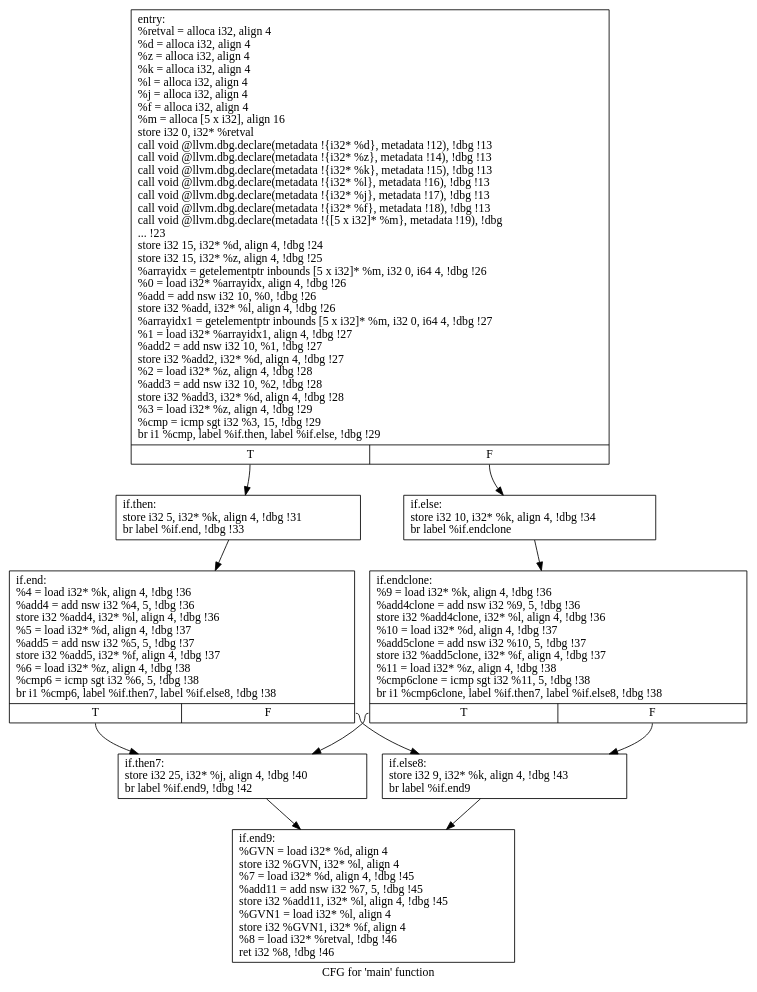
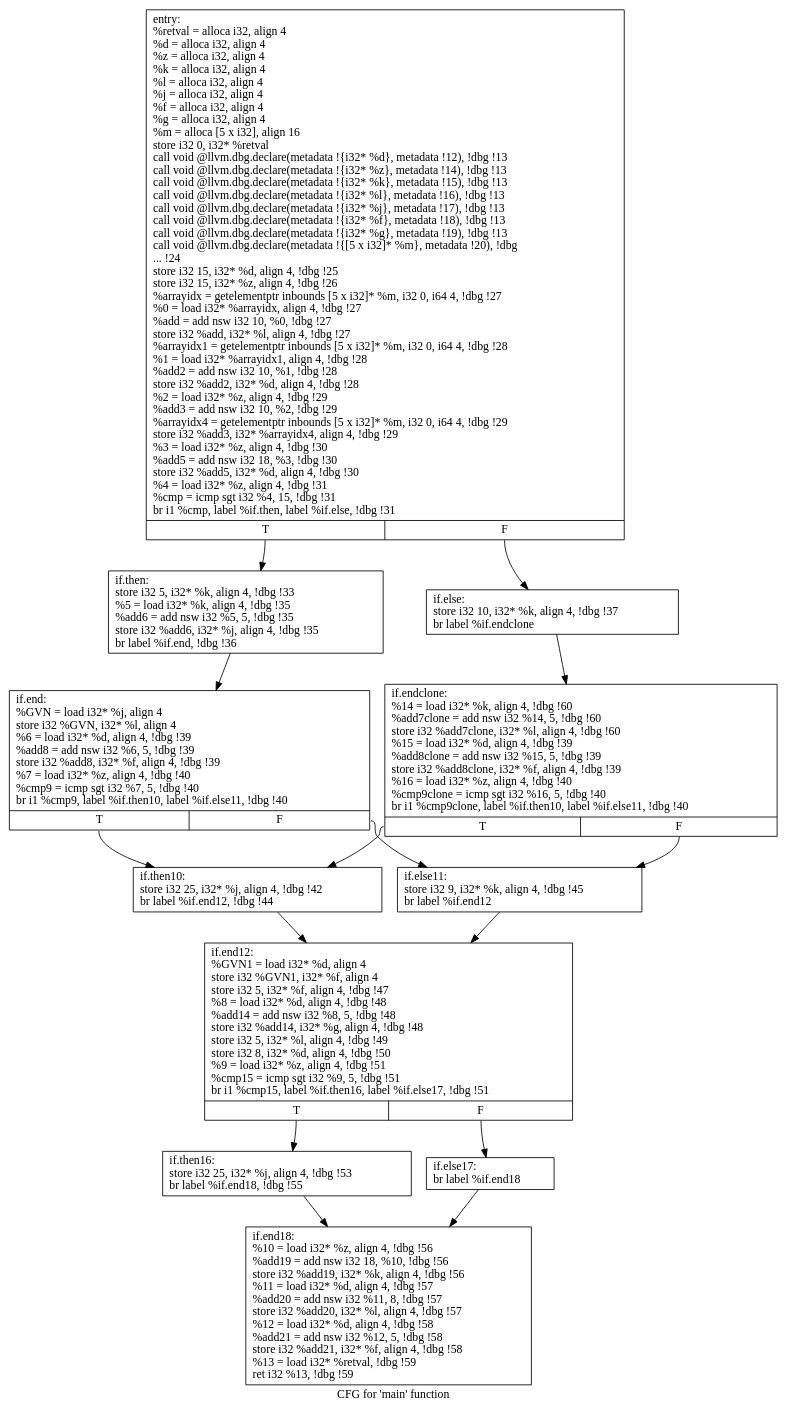
The diagram in Work/Pass/Part 3/Combine/cfg.main.dot (ddr2108/CS6241-Array_Bounding), drawn with Graphviz before and after one commit. The commit also changed 1 other file, not shown here.

```diff
--- a/Work/Pass/Part 3/Combine/cfg.main.dot
+++ b/Work/Pass/Part 3/Combine/cfg.main.dot
@@ -1,22 +1,29 @@
 digraph "CFG for 'main' function" {
 	label="CFG for 'main' function";
 
-	Node0x21c1200 [shape=record,label="{entry:\l  %retval = alloca i32, align 4\l  %d = alloca i32, align 4\l  %z = alloca i32, align 4\l  %k = alloca i32, align 4\l  %l = alloca i32, align 4\l  %j = alloca i32, align 4\l  %f = alloca i32, align 4\l  %m = alloca [5 x i32], align 16\l  store i32 0, i32* %retval\l  call void @llvm.dbg.declare(metadata !\{i32* %d\}, metadata !12), !dbg !13\l  call void @llvm.dbg.declare(metadata !\{i32* %z\}, metadata !14), !dbg !13\l  call void @llvm.dbg.declare(metadata !\{i32* %k\}, metadata !15), !dbg !13\l  call void @llvm.dbg.declare(metadata !\{i32* %l\}, metadata !16), !dbg !13\l  call void @llvm.dbg.declare(metadata !\{i32* %j\}, metadata !17), !dbg !13\l  call void @llvm.dbg.declare(metadata !\{i32* %f\}, metadata !18), !dbg !13\l  call void @llvm.dbg.declare(metadata !\{[5 x i32]* %m\}, metadata !19), !dbg\l... !23\l  store i32 15, i32* %d, align 4, !dbg !24\l  store i32 15, i32* %z, align 4, !dbg !25\l  %arrayidx = getelementptr inbounds [5 x i32]* %m, i32 0, i64 4, !dbg !26\l  %0 = load i32* %arrayidx, align 4, !dbg !26\l  %add = add nsw i32 10, %0, !dbg !26\l  store i32 %add, i32* %l, align 4, !dbg !26\l  %arrayidx1 = getelementptr inbounds [5 x i32]* %m, i32 0, i64 4, !dbg !27\l  %1 = load i32* %arrayidx1, align 4, !dbg !27\l  %add2 = add nsw i32 10, %1, !dbg !27\l  store i32 %add2, i32* %d, align 4, !dbg !27\l  %2 = load i32* %z, align 4, !dbg !28\l  %add3 = add nsw i32 10, %2, !dbg !28\l  store i32 %add3, i32* %d, align 4, !dbg !28\l  %3 = load i32* %z, align 4, !dbg !29\l  %cmp = icmp sgt i32 %3, 15, !dbg !29\l  br i1 %cmp, label %if.then, label %if.else, !dbg !29\l|{<s0>T|<s1>F}}"];
-	Node0x21c1200:s0 -> Node0x21c1260;
-	Node0x21c1200:s1 -> Node0x21c12c0;
-	Node0x21c1260 [shape=record,label="{if.then:                                          \l  store i32 5, i32* %k, align 4, !dbg !31\l  br label %if.end, !dbg !33\l}"];
-	Node0x21c1260 -> Node0x21c1320;
-	Node0x21c12c0 [shape=record,label="{if.else:                                          \l  store i32 10, i32* %k, align 4, !dbg !34\l  br label %if.endclone\l}"];
-	Node0x21c12c0 -> Node0x21dc000;
-	Node0x21c1320 [shape=record,label="{if.end:                                           \l  %4 = load i32* %k, align 4, !dbg !36\l  %add4 = add nsw i32 %4, 5, !dbg !36\l  store i32 %add4, i32* %l, align 4, !dbg !36\l  %5 = load i32* %d, align 4, !dbg !37\l  %add5 = add nsw i32 %5, 5, !dbg !37\l  store i32 %add5, i32* %f, align 4, !dbg !37\l  %6 = load i32* %z, align 4, !dbg !38\l  %cmp6 = icmp sgt i32 %6, 5, !dbg !38\l  br i1 %cmp6, label %if.then7, label %if.else8, !dbg !38\l|{<s0>T|<s1>F}}"];
-	Node0x21c1320:s0 -> Node0x21c1380;
-	Node0x21c1320:s1 -> Node0x21c13e0;
-	Node0x21c1380 [shape=record,label="{if.then7:                                         \l  store i32 25, i32* %j, align 4, !dbg !40\l  br label %if.end9, !dbg !42\l}"];
-	Node0x21c1380 -> Node0x21c1440;
-	Node0x21c13e0 [shape=record,label="{if.else8:                                         \l  store i32 9, i32* %k, align 4, !dbg !43\l  br label %if.end9\l}"];
-	Node0x21c13e0 -> Node0x21c1440;
-	Node0x21c1440 [shape=record,label="{if.end9:                                          \l  %GVN = load i32* %d, align 4\l  store i32 %GVN, i32* %l, align 4\l  %7 = load i32* %d, align 4, !dbg !45\l  %add11 = add nsw i32 %7, 5, !dbg !45\l  store i32 %add11, i32* %l, align 4, !dbg !45\l  %GVN1 = load i32* %l, align 4\l  store i32 %GVN1, i32* %f, align 4\l  %8 = load i32* %retval, !dbg !46\l  ret i32 %8, !dbg !46\l}"];
-	Node0x21dc000 [shape=record,label="{if.endclone:                                      \l  %9 = load i32* %k, align 4, !dbg !36\l  %add4clone = add nsw i32 %9, 5, !dbg !36\l  store i32 %add4clone, i32* %l, align 4, !dbg !36\l  %10 = load i32* %d, align 4, !dbg !37\l  %add5clone = add nsw i32 %10, 5, !dbg !37\l  store i32 %add5clone, i32* %f, align 4, !dbg !37\l  %11 = load i32* %z, align 4, !dbg !38\l  %cmp6clone = icmp sgt i32 %11, 5, !dbg !38\l  br i1 %cmp6clone, label %if.then7, label %if.else8, !dbg !38\l|{<s0>T|<s1>F}}"];
-	Node0x21dc000:s0 -> Node0x21c1380;
-	Node0x21dc000:s1 -> Node0x21c13e0;
+	Node0x3209740 [shape=record,label="{entry:\l  %retval = alloca i32, align 4\l  %d = alloca i32, align 4\l  %z = alloca i32, align 4\l  %k = alloca i32, align 4\l  %l = alloca i32, align 4\l  %j = alloca i32, align 4\l  %f = alloca i32, align 4\l  %g = alloca i32, align 4\l  %m = alloca [5 x i32], align 16\l  store i32 0, i32* %retval\l  call void @llvm.dbg.declare(metadata !\{i32* %d\}, metadata !12), !dbg !13\l  call void @llvm.dbg.declare(metadata !\{i32* %z\}, metadata !14), !dbg !13\l  call void @llvm.dbg.declare(metadata !\{i32* %k\}, metadata !15), !dbg !13\l  call void @llvm.dbg.declare(metadata !\{i32* %l\}, metadata !16), !dbg !13\l  call void @llvm.dbg.declare(metadata !\{i32* %j\}, metadata !17), !dbg !13\l  call void @llvm.dbg.declare(metadata !\{i32* %f\}, metadata !18), !dbg !13\l  call void @llvm.dbg.declare(metadata !\{i32* %g\}, metadata !19), !dbg !13\l  call void @llvm.dbg.declare(metadata !\{[5 x i32]* %m\}, metadata !20), !dbg\l... !24\l  store i32 15, i32* %d, align 4, !dbg !25\l  store i32 15, i32* %z, align 4, !dbg !26\l  %arrayidx = getelementptr inbounds [5 x i32]* %m, i32 0, i64 4, !dbg !27\l  %0 = load i32* %arrayidx, align 4, !dbg !27\l  %add = add nsw i32 10, %0, !dbg !27\l  store i32 %add, i32* %l, align 4, !dbg !27\l  %arrayidx1 = getelementptr inbounds [5 x i32]* %m, i32 0, i64 4, !dbg !28\l  %1 = load i32* %arrayidx1, align 4, !dbg !28\l  %add2 = add nsw i32 10, %1, !dbg !28\l  store i32 %add2, i32* %d, align 4, !dbg !28\l  %2 = load i32* %z, align 4, !dbg !29\l  %add3 = add nsw i32 10, %2, !dbg !29\l  %arrayidx4 = getelementptr inbounds [5 x i32]* %m, i32 0, i64 4, !dbg !29\l  store i32 %add3, i32* %arrayidx4, align 4, !dbg !29\l  %3 = load i32* %z, align 4, !dbg !30\l  %add5 = add nsw i32 18, %3, !dbg !30\l  store i32 %add5, i32* %d, align 4, !dbg !30\l  %4 = load i32* %z, align 4, !dbg !31\l  %cmp = icmp sgt i32 %4, 15, !dbg !31\l  br i1 %cmp, label %if.then, label %if.else, !dbg !31\l|{<s0>T|<s1>F}}"];
+	Node0x3209740:s0 -> Node0x32097a0;
+	Node0x3209740:s1 -> Node0x3209800;
+	Node0x32097a0 [shape=record,label="{if.then:                                          \l  store i32 5, i32* %k, align 4, !dbg !33\l  %5 = load i32* %k, align 4, !dbg !35\l  %add6 = add nsw i32 %5, 5, !dbg !35\l  store i32 %add6, i32* %j, align 4, !dbg !35\l  br label %if.end, !dbg !36\l}"];
+	Node0x32097a0 -> Node0x3209860;
+	Node0x3209800 [shape=record,label="{if.else:                                          \l  store i32 10, i32* %k, align 4, !dbg !37\l  br label %if.endclone\l}"];
+	Node0x3209800 -> Node0x3228eb0;
+	Node0x3209860 [shape=record,label="{if.end:                                           \l  %GVN = load i32* %j, align 4\l  store i32 %GVN, i32* %l, align 4\l  %6 = load i32* %d, align 4, !dbg !39\l  %add8 = add nsw i32 %6, 5, !dbg !39\l  store i32 %add8, i32* %f, align 4, !dbg !39\l  %7 = load i32* %z, align 4, !dbg !40\l  %cmp9 = icmp sgt i32 %7, 5, !dbg !40\l  br i1 %cmp9, label %if.then10, label %if.else11, !dbg !40\l|{<s0>T|<s1>F}}"];
+	Node0x3209860:s0 -> Node0x32098c0;
+	Node0x3209860:s1 -> Node0x3209920;
+	Node0x32098c0 [shape=record,label="{if.then10:                                        \l  store i32 25, i32* %j, align 4, !dbg !42\l  br label %if.end12, !dbg !44\l}"];
+	Node0x32098c0 -> Node0x3209980;
+	Node0x3209920 [shape=record,label="{if.else11:                                        \l  store i32 9, i32* %k, align 4, !dbg !45\l  br label %if.end12\l}"];
+	Node0x3209920 -> Node0x3209980;
+	Node0x3209980 [shape=record,label="{if.end12:                                         \l  %GVN1 = load i32* %d, align 4\l  store i32 %GVN1, i32* %f, align 4\l  store i32 5, i32* %f, align 4, !dbg !47\l  %8 = load i32* %d, align 4, !dbg !48\l  %add14 = add nsw i32 %8, 5, !dbg !48\l  store i32 %add14, i32* %g, align 4, !dbg !48\l  store i32 5, i32* %l, align 4, !dbg !49\l  store i32 8, i32* %d, align 4, !dbg !50\l  %9 = load i32* %z, align 4, !dbg !51\l  %cmp15 = icmp sgt i32 %9, 5, !dbg !51\l  br i1 %cmp15, label %if.then16, label %if.else17, !dbg !51\l|{<s0>T|<s1>F}}"];
+	Node0x3209980:s0 -> Node0x32099e0;
+	Node0x3209980:s1 -> Node0x3209a40;
+	Node0x32099e0 [shape=record,label="{if.then16:                                        \l  store i32 25, i32* %j, align 4, !dbg !53\l  br label %if.end18, !dbg !55\l}"];
+	Node0x32099e0 -> Node0x3209aa0;
+	Node0x3209a40 [shape=record,label="{if.else17:                                        \l  br label %if.end18\l}"];
+	Node0x3209a40 -> Node0x3209aa0;
+	Node0x3209aa0 [shape=record,label="{if.end18:                                         \l  %10 = load i32* %z, align 4, !dbg !56\l  %add19 = add nsw i32 18, %10, !dbg !56\l  store i32 %add19, i32* %k, align 4, !dbg !56\l  %11 = load i32* %d, align 4, !dbg !57\l  %add20 = add nsw i32 %11, 8, !dbg !57\l  store i32 %add20, i32* %l, align 4, !dbg !57\l  %12 = load i32* %d, align 4, !dbg !58\l  %add21 = add nsw i32 %12, 5, !dbg !58\l  store i32 %add21, i32* %f, align 4, !dbg !58\l  %13 = load i32* %retval, !dbg !59\l  ret i32 %13, !dbg !59\l}"];
+	Node0x3228eb0 [shape=record,label="{if.endclone:                                      \l  %14 = load i32* %k, align 4, !dbg !60\l  %add7clone = add nsw i32 %14, 5, !dbg !60\l  store i32 %add7clone, i32* %l, align 4, !dbg !60\l  %15 = load i32* %d, align 4, !dbg !39\l  %add8clone = add nsw i32 %15, 5, !dbg !39\l  store i32 %add8clone, i32* %f, align 4, !dbg !39\l  %16 = load i32* %z, align 4, !dbg !40\l  %cmp9clone = icmp sgt i32 %16, 5, !dbg !40\l  br i1 %cmp9clone, label %if.then10, label %if.else11, !dbg !40\l|{<s0>T|<s1>F}}"];
+	Node0x3228eb0:s0 -> Node0x32098c0;
+	Node0x3228eb0:s1 -> Node0x3209920;
 }
```
